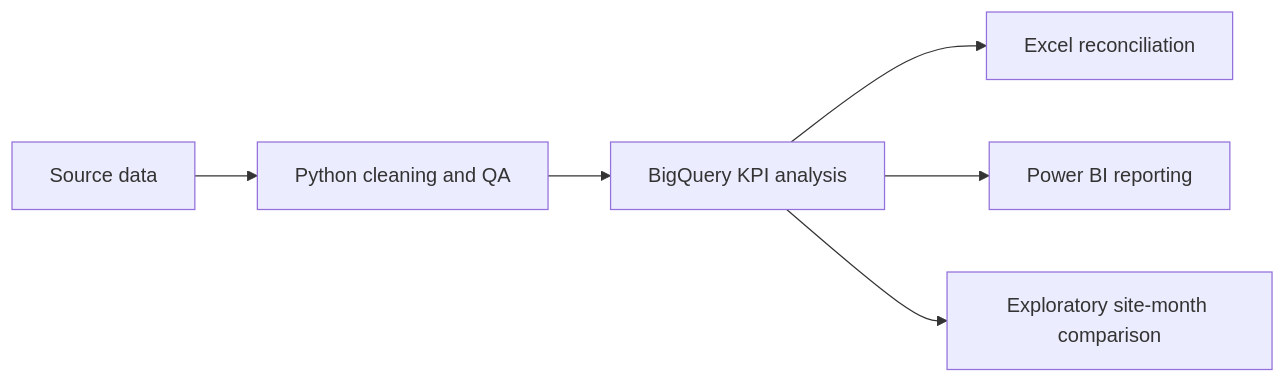
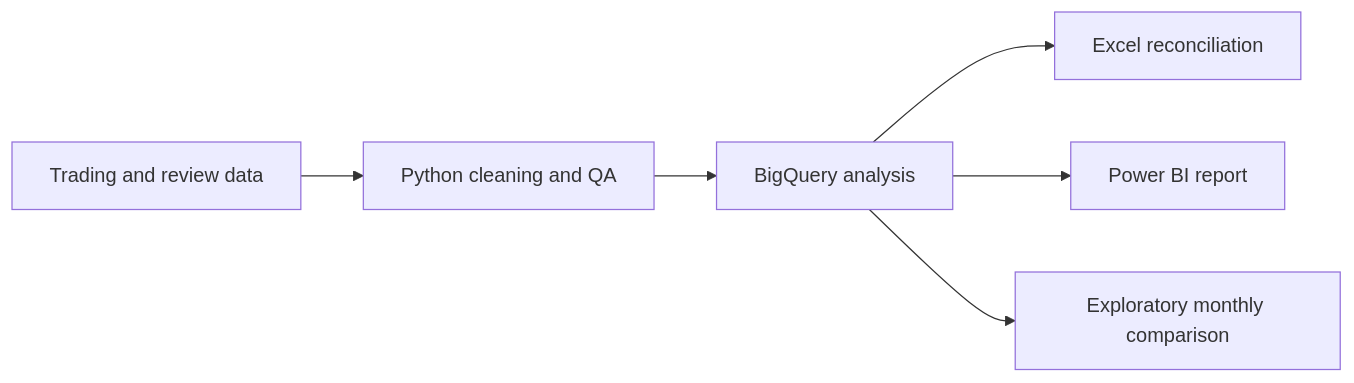
Before and after one commit to GiovanniFCDS/MarginOps: the diagram in README.md, drawn with Mermaid. The commit also changed other lines of this file and 5 other files, not shown here.

````diff
--- a/README.md
+++ b/README.md
@@ -21,8 +21,8 @@
 ```mermaid
 flowchart LR
-    A[Source data] --> B[Python cleaning and QA]
-    B --> C[BigQuery KPI analysis]
+    A[Trading and review data] --> B[Python cleaning and QA]
+    B --> C[BigQuery analysis]
     C --> D[Excel reconciliation]
-    C --> E[Power BI reporting]
-    C --> F[Exploratory site-month comparison]
+    C --> E[Power BI report]
+    C --> F[Exploratory monthly comparison]
 ```
````
